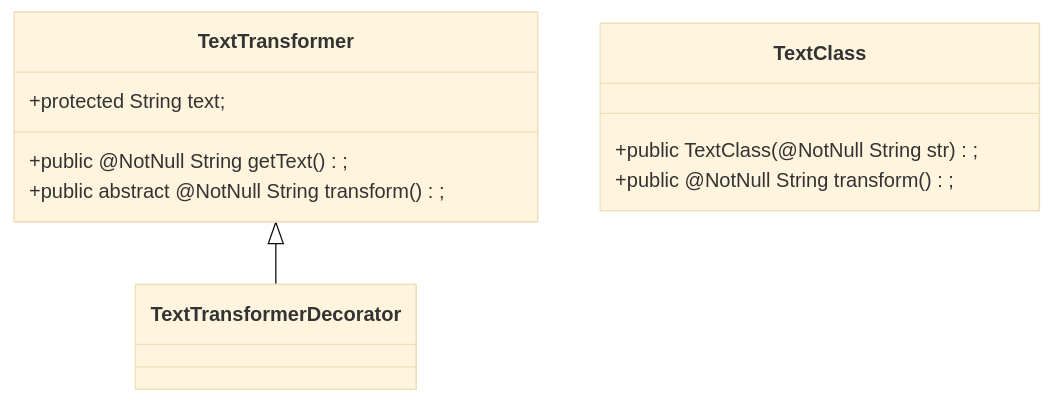
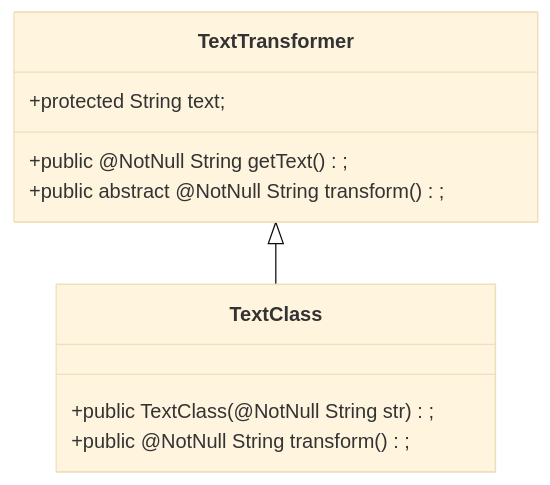
Before and after one commit to Dashrek/SK2_R_P_S: the diagram in exampleclass.md, drawn with Mermaid (base theme).

````diff
--- a/exampleclass.md
+++ b/exampleclass.md
@@ -2,13 +2,13 @@
 ```mermaid
 classDiagram
   class TextTransformer {
     +protected String text;
     +public @NotNull String getText();
     +public abstract @NotNull String transform();
   }
   class TextClass{
     +public TextClass(@NotNull String str);
     +public @NotNull String transform();
   }
-  TextTransformer <|-- TextTransformerDecorator
+  TextTransformer <|-- TextClass
 ```
````
